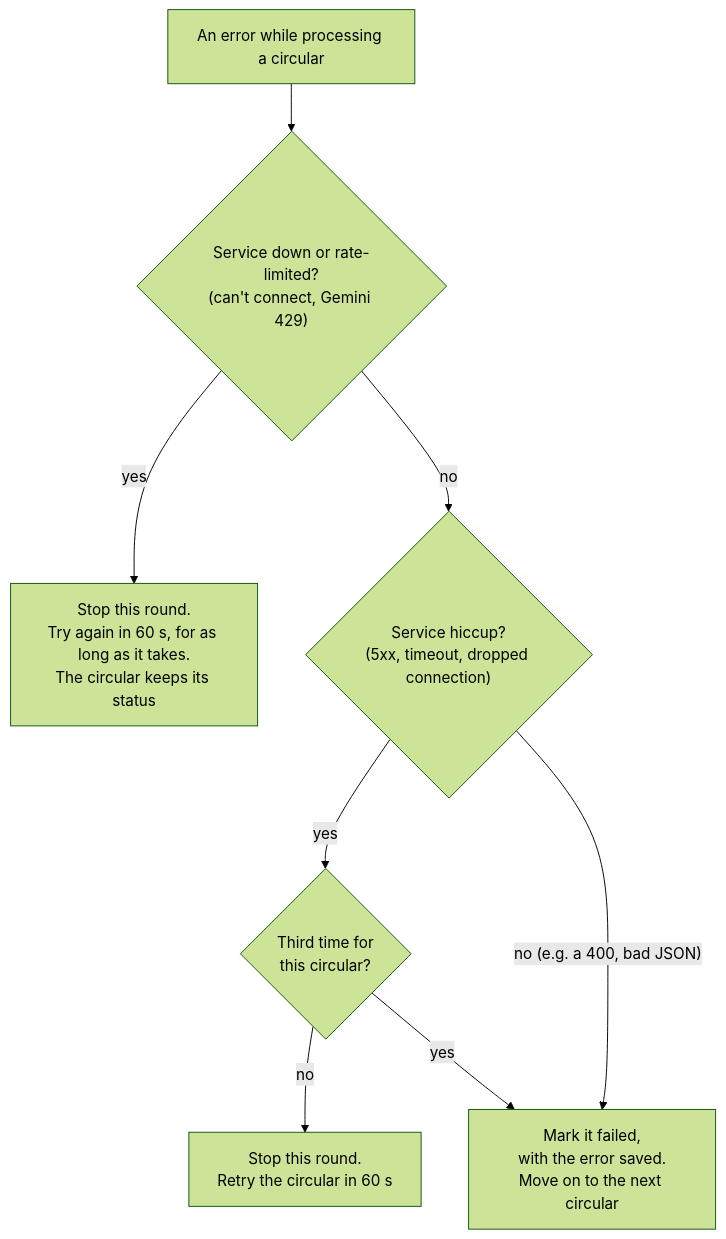
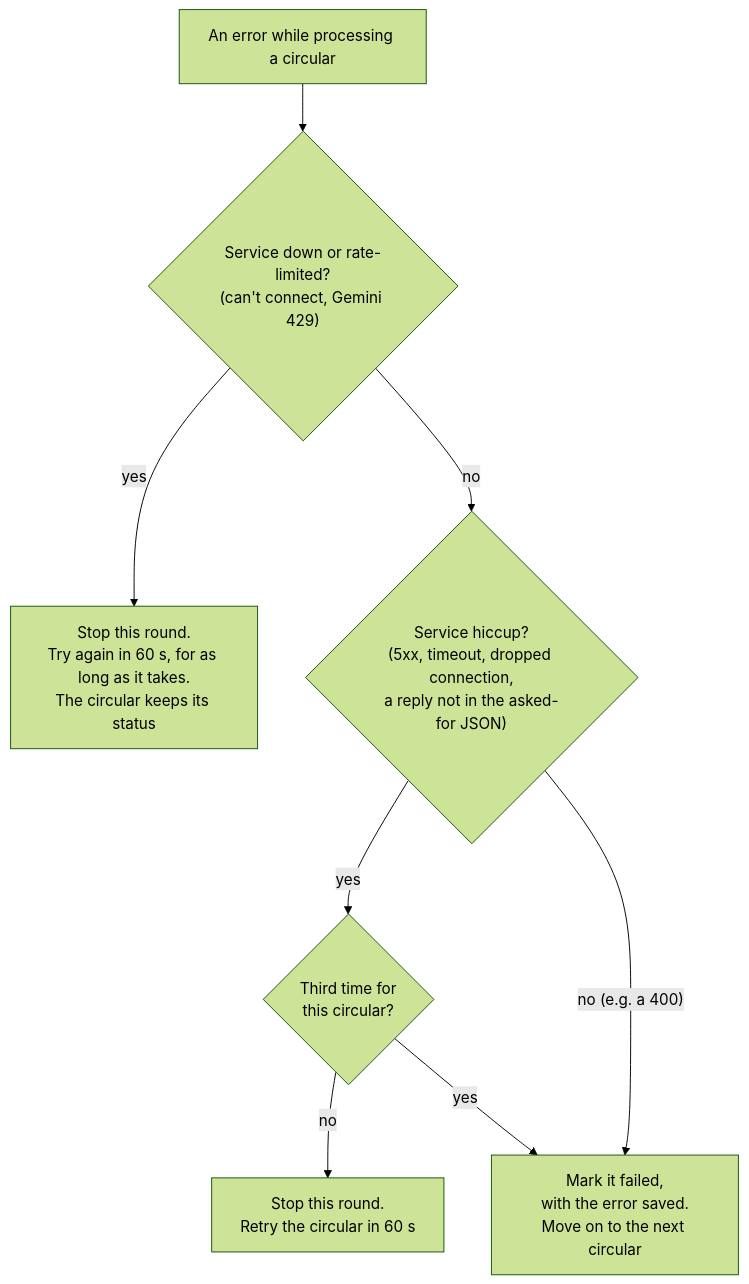
Diagram 14 of 16 in how_it_works.md (selvakumarperumal/Regulatory_Circular_Impact_Agent), drawn with Mermaid (forest theme) before and after one commit. The commit also changed other lines of this file and 15 other files, not shown here.

````diff
--- a/how_it_works.md
+++ b/how_it_works.md
@@ -566,10 +623,10 @@
 ```mermaid
 flowchart TD
     err["An error while processing a circular"] --> down{"Service down or rate-limited?<br/>(can't connect, Gemini 429)"}
     down -->|yes| wait["Stop this round.<br/>Try again in 60 s, for as long as it takes.<br/>The circular keeps its status"]
-    down -->|no| crash{"Service hiccup?<br/>(5xx, timeout, dropped connection)"}
+    down -->|no| crash{"Service hiccup?<br/>(5xx, timeout, dropped connection,<br/>a reply not in the asked-for JSON)"}
     crash -->|yes| count{"Third time for<br/>this circular?"}
     count -->|no| retry["Stop this round.<br/>Retry the circular in 60 s"]
     count -->|yes| failed
-    crash -->|"no (e.g. a 400, bad JSON)"| failed["Mark it failed,<br/>with the error saved.<br/>Move on to the next circular"]
+    crash -->|"no (e.g. a 400)"| failed["Mark it failed,<br/>with the error saved.<br/>Move on to the next circular"]
 ```
````
